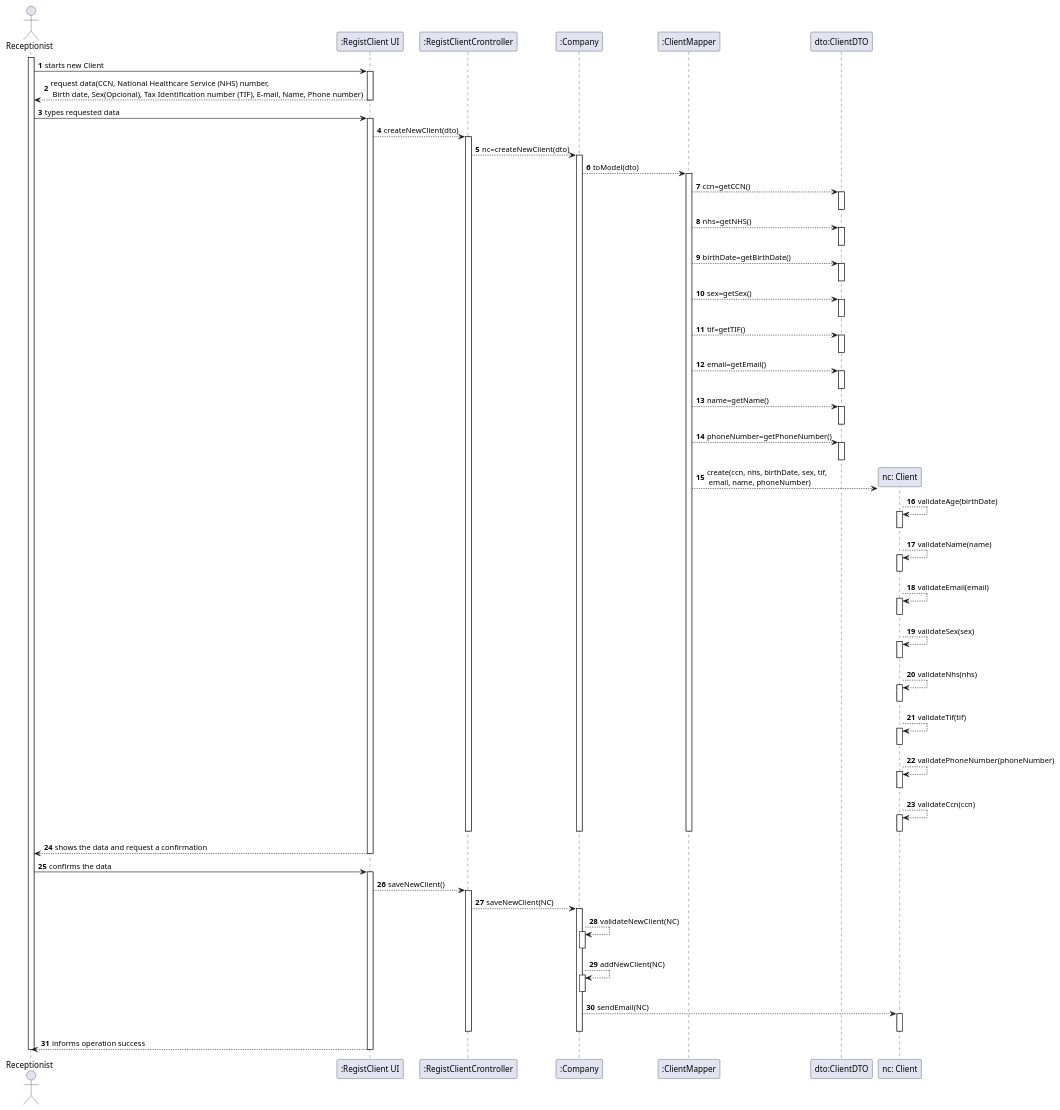
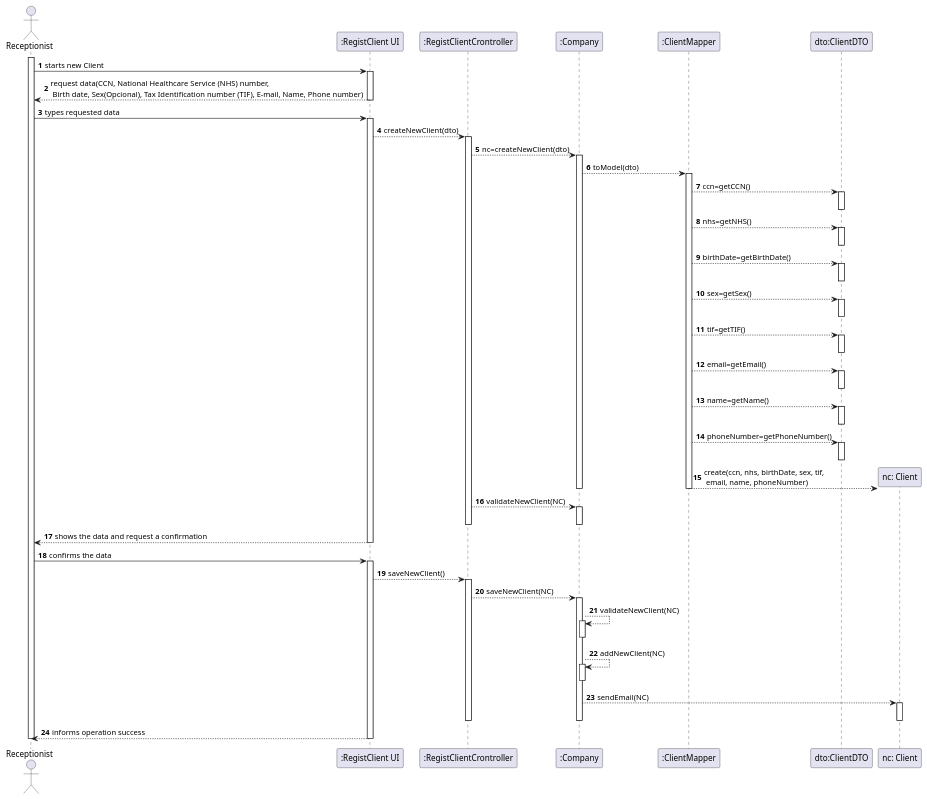
One commit to Pedromaia26/LAPR2-ISEP changed the diagram in docs/SprintB/US3_RegisterClient/US003_SD.puml. Above: the diagram before and after it, drawn with PlantUML.

Commit message:
US003_SD.puml edited online with Bitbucket

```diff
--- a/docs/SprintB/US3_RegisterClient/US003_SD.puml
+++ b/docs/SprintB/US3_RegisterClient/US003_SD.puml
@@ -1,112 +1,94 @@
 @startuml
 actor Receptionist as Adm
 participant ":RegistClient UI" as System
 participant ":RegistClientCrontroller" as RCC
 participant ":Company" as ML
 participant ":ClientMapper" as cm
 participant "dto:ClientDTO" as cdto
 
 
 autonumber
 activate Adm
 Adm -> System: starts new Client
 activate System
 System --> Adm: request data(CCN, National Healthcare Service (NHS) number,\n Birth date, Sex(Opcional), Tax Identification number (TIF), E-mail, Name, Phone number)
 deactivate System
 
 
 
 
 Adm -> System: types requested data
 activate System
 System-->RCC: createNewClient(dto)
 activate RCC
 RCC-->ML: nc=createNewClient(dto)
 activate ML
 
 
 ML-->cm: toModel(dto)
 activate cm
 cm-->cdto: ccn=getCCN()
 activate cdto
 deactivate cdto
 cm-->cdto: nhs=getNHS()
 activate cdto
 deactivate cdto
 cm-->cdto: birthDate=getBirthDate()
 activate cdto
 deactivate cdto
 cm-->cdto: sex=getSex()
 activate cdto
 deactivate cdto
 cm-->cdto: tif=getTIF()
 activate cdto
 deactivate cdto
 cm-->cdto: email=getEmail()
 activate cdto
 deactivate cdto
 cm-->cdto: name=getName()
 activate cdto
 deactivate cdto
 cm-->cdto: phoneNumber=getPhoneNumber()
 activate cdto
 deactivate cdto
 
 
 create "nc: Client" as NC
 cm-->NC:  create(ccn, nhs, birthDate, sex, tif,\n email, name, phoneNumber)
-NC-->NC: validateAge(birthDate)
-activate NC
-deactivate NC
-NC-->NC: validateName(name)
-activate NC
-deactivate NC
-NC-->NC: validateEmail(email)
-activate NC
-deactivate NC
-NC-->NC: validateSex(sex)
-activate NC
-deactivate NC
-NC-->NC: validateNhs(nhs)
-activate NC
-deactivate NC
-NC-->NC: validateTif(tif)
-activate NC
-deactivate NC
-NC-->NC: validatePhoneNumber(phoneNumber)
-activate NC
-deactivate NC
-NC-->NC: validateCcn(ccn)
-activate NC
-deactivate NC
 
 
 
+deactivate cm
 deactivate ML
+
+RCC-->ML:validateNewClient(NC)
+Activate ML
+deactivate ML
+
 deactivate RCC
-deactivate cm
+
 System --> Adm: shows the data and request a confirmation
 deactivate System
 
 
 Adm -> System: confirms the data
 activate System
 System-->RCC: saveNewClient()
 activate RCC
 RCC-->ML:saveNewClient(NC)
 activate ML
 ML-->ML:validateNewClient(NC)
 activate ML
 deactivate ML
 ML-->ML:addNewClient(NC)
 activate ML
 deactivate ML
 ML-->NC:sendEmail(NC)
 activate NC
 deactivate NC
 deactivate ML
 deactivate RCC
 System --> Adm: informs operation success
 deactivate System
 deactivate Adm
 @enduml
```
